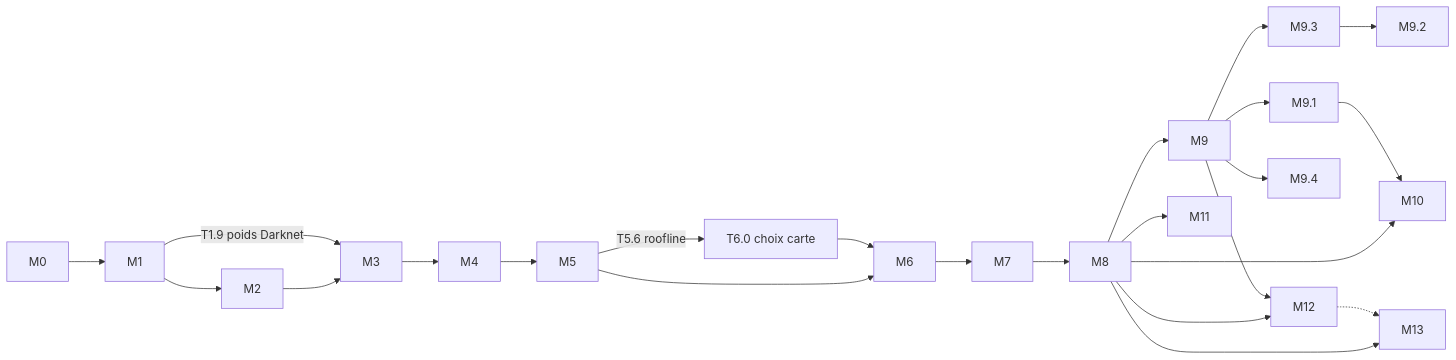
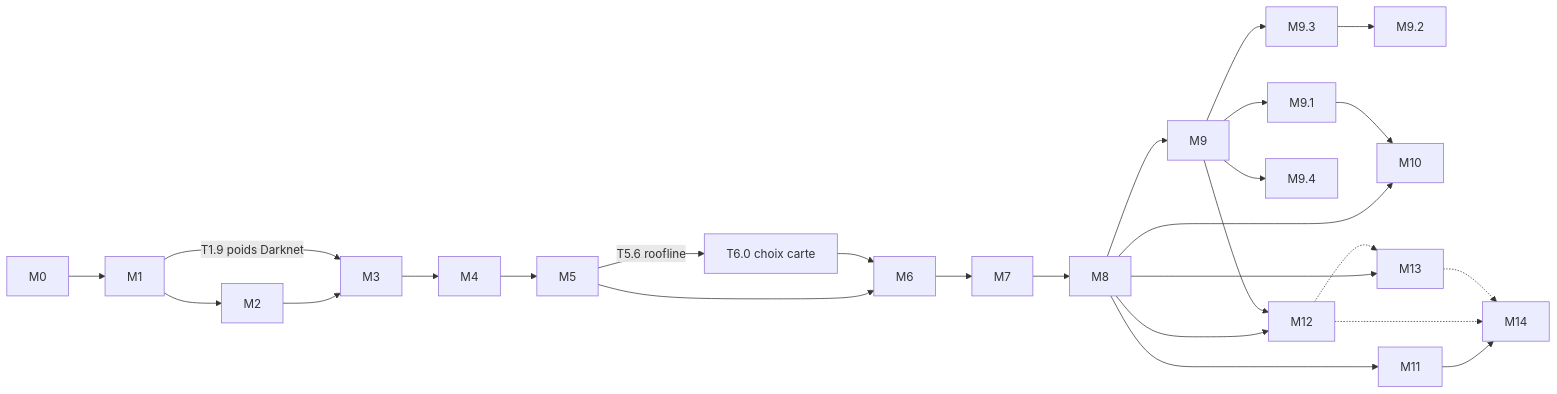
One commit to lrivals/EmbeddedComputervision changed the diagram in docs/tasks/README.md. Above: the diagram before and after it, drawn with Mermaid. The commit also changed other lines of this file and 47 other files, not shown here.

````diff
--- a/docs/tasks/README.md
+++ b/docs/tasks/README.md
@@ -29,17 +30,20 @@
 ```mermaid
 graph LR
   M0 --> M1 --> M2 --> M3
   M1 -- "T1.9 poids Darknet" --> M3
   M3 --> M4 --> M5 --> M6 --> M7 --> M8
   M5 -- "T5.6 roofline" --> T60["T6.0 choix carte"] --> M6
   M8 --> M9
   M9 --> M91[M9.1] & M93[M9.3] & M94[M9.4]
   M93 --> M92[M9.2]
   M8 --> M10[M10]
   M91 --> M10
   M8 --> M11[M11]
   M8 --> M12[M12]
   M9 --> M12
   M8 --> M13[M13]
   M12 -.-> M13
+  M11 --> M14[M14]
+  M12 -.-> M14
+  M13 -.-> M14
 ```
````
